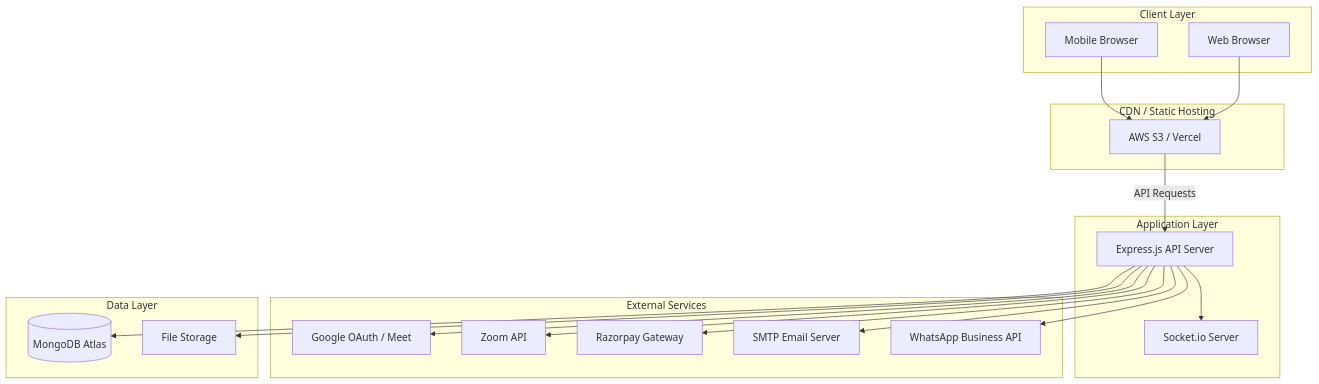
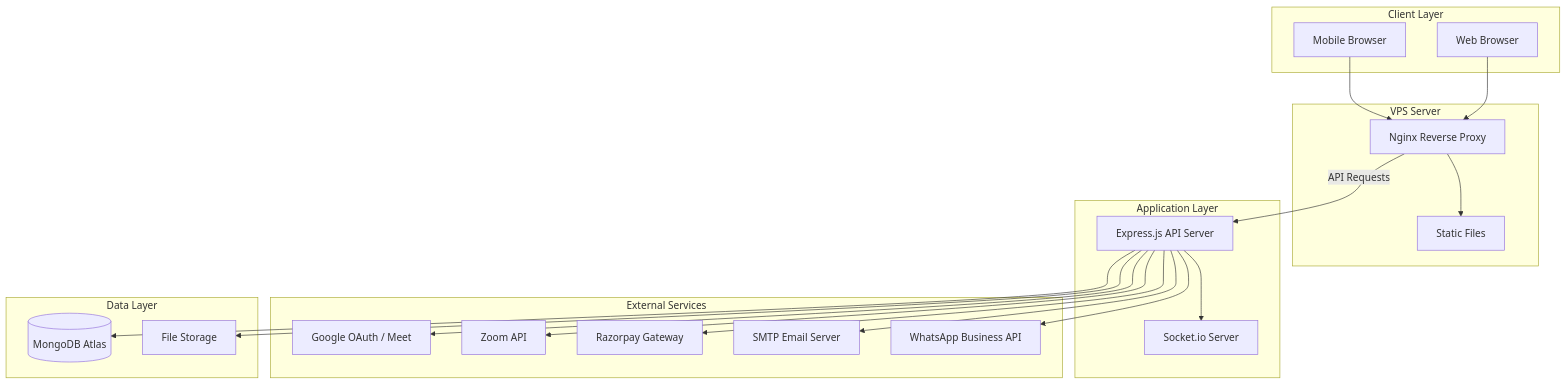
The first of 5 diagrams in ARCHITECTURE.md (khomrajthorat/Hospital_Management_System_), drawn with Mermaid before and after one commit. The commit also changed other lines of this file and 28 other files, not shown here.

````diff
--- a/ARCHITECTURE.md
+++ b/ARCHITECTURE.md
@@ -11,41 +11,43 @@
 ```mermaid
 graph TD
     subgraph "Client Layer"
         Browser[Web Browser]
         Mobile[Mobile Browser]
     end
 
-    subgraph "CDN / Static Hosting"
-        S3[AWS S3 / Vercel]
+    subgraph "VPS Server"
+        Nginx[Nginx Reverse Proxy]
+        Static[Static Files]
     end
 
     subgraph "Application Layer"
         API[Express.js API Server]
         Socket[Socket.io Server]
     end
 
     subgraph "External Services"
         Google[Google OAuth / Meet]
         Zoom[Zoom API]
         Razorpay[Razorpay Gateway]
         SMTP[SMTP Email Server]
         WhatsApp[WhatsApp Business API]
     end
 
     subgraph "Data Layer"
         MongoDB[(MongoDB Atlas)]
         Uploads[File Storage]
     end
 
-    Browser --> S3
-    Mobile --> S3
-    S3 -->|API Requests| API
+    Browser --> Nginx
+    Mobile --> Nginx
+    Nginx --> Static
+    Nginx -->|API Requests| API
     API --> MongoDB
     API --> Uploads
     API --> Socket
     API --> Google
     API --> Zoom
     API --> Razorpay
     API --> SMTP
     API --> WhatsApp
 ```
````
